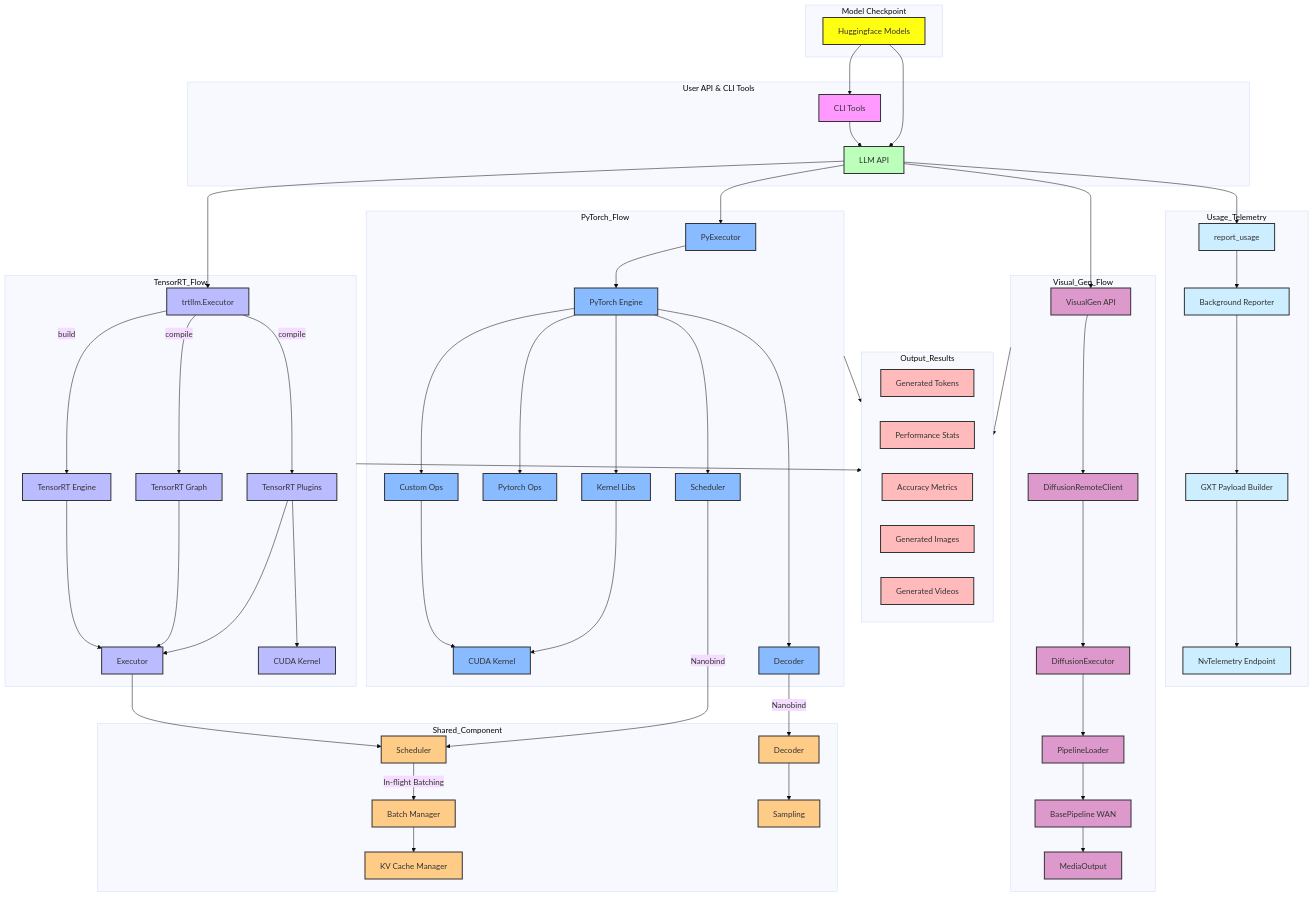
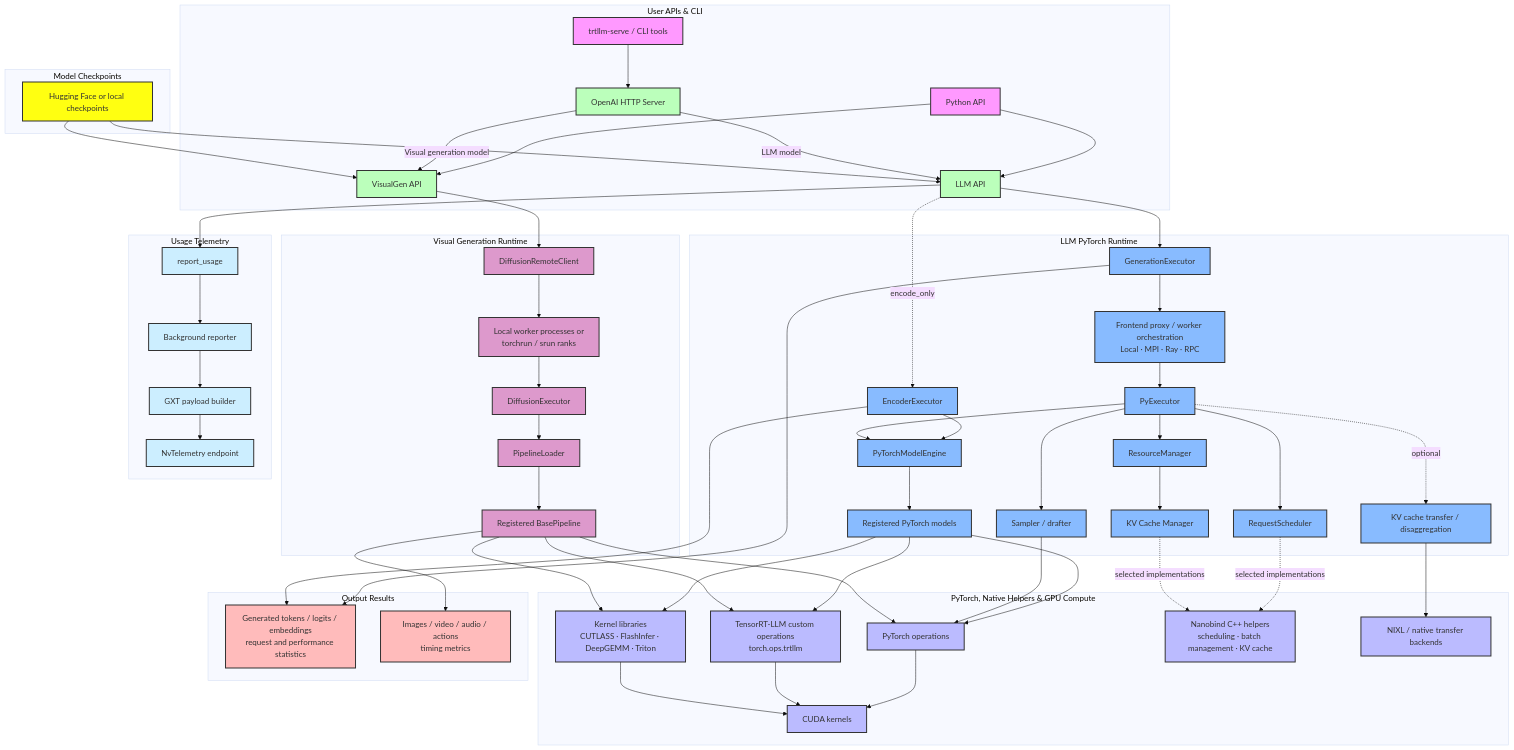
The diagram in .github/tava_architecture_diagram.md (NVIDIA/TensorRT-LLM), drawn with Mermaid (base theme) before and after one commit.

Commit message:
docs: update TAVA architecture diagram

````diff
--- a/.github/tava_architecture_diagram.md
+++ b/.github/tava_architecture_diagram.md
@@ -1,145 +1,127 @@
 ```mermaid
 graph TB
-    subgraph "User API & CLI Tools"
-        CLI[CLI Tools]
-        LLMAPI[LLM API]
-        CLI --> LLMAPI
+    subgraph EntryPoints["User APIs & CLI"]
+        CLI["trtllm-serve / CLI tools"]
+        PythonAPI["Python API"]
+        OpenAIServer["OpenAI HTTP Server"]
+        LLMAPI["LLM API"]
+        VisualGenAPI["VisualGen API"]
+
+        CLI --> OpenAIServer
+        PythonAPI --> LLMAPI
+        PythonAPI --> VisualGenAPI
+        OpenAIServer -->|LLM model| LLMAPI
+        OpenAIServer -->|Visual generation model| VisualGenAPI
     end
 
-    subgraph "Model Checkpoint"
-        Checkpoint[Huggingface Models]
-        Checkpoint --> CLI
-        Checkpoint --> LLMAPI
+    subgraph Checkpoints["Model Checkpoints"]
+        Checkpoint["Hugging Face or local checkpoints"]
     end
 
-    subgraph "TensorRT_Flow"
-        trtllmExecutor[trtllm.Executor]
-        Engine[TensorRT Engine]
-        TRTGraph[TensorRT Graph]
-        Plugins[TensorRT Plugins]
-        cudaKernel[CUDA Kernel]
-        Executor[Executor]
-        LLMAPI --> trtllmExecutor
-        trtllmExecutor --> |build|Engine
-        trtllmExecutor --> |compile|TRTGraph
-        trtllmExecutor --> |compile|Plugins
-        Engine --> Executor
-        Plugins --> Executor
-        TRTGraph --> Executor
-        Plugins --> cudaKernel
+    Checkpoint --> LLMAPI
+    Checkpoint --> VisualGenAPI
+
+    subgraph LLMFlow["LLM PyTorch Runtime"]
+        GenerationExecutor["GenerationExecutor"]
+        Orchestration["Frontend proxy / worker orchestration<br/>Local · MPI · Ray · RPC"]
+        PyExecutor["PyExecutor"]
+        EncoderExecutor["EncoderExecutor"]
+        ModelEngine["PyTorchModelEngine"]
+        RequestScheduler["RequestScheduler"]
+        Sampler["Sampler / drafter"]
+        ResourceManager["ResourceManager"]
+        KVCache["KV Cache Manager"]
+        KVTransfer["KV cache transfer / disaggregation"]
+        TorchModels["Registered PyTorch models"]
+
+        LLMAPI --> GenerationExecutor
+        GenerationExecutor --> Orchestration
+        Orchestration --> PyExecutor
+        LLMAPI -. encode_only .-> EncoderExecutor
+        EncoderExecutor --> ModelEngine
+        PyExecutor --> ModelEngine
+        PyExecutor --> RequestScheduler
+        PyExecutor --> Sampler
+        PyExecutor --> ResourceManager
+        ResourceManager --> KVCache
+        PyExecutor -. optional .-> KVTransfer
+        ModelEngine --> TorchModels
     end
 
-    subgraph "PyTorch_Flow"
-        PyExecutor[PyExecutor]
-        PyEngine[PyTorch Engine]
-        CustomOps[Custom Ops]
-        PyTorchOps[Pytorch Ops]
-        KernelLibs[Kernel Libs]
-        PyScheduler[Scheduler]
-        PyDecoder[Decoder]
-        CUDAKernel[CUDA Kernel]
-        LLMAPI --> PyExecutor
-        PyExecutor --> PyEngine[PyTorch Engine]
-        PyEngine --> CustomOps
-        PyEngine --> PyTorchOps
-        PyEngine --> KernelLibs
-        PyEngine --> PyScheduler
-        PyEngine --> PyDecoder
-        KernelLibs --> CUDAKernel
-        CustomOps --> CUDAKernel
+    subgraph VisualGenFlow["Visual Generation Runtime"]
+        DiffusionClient["DiffusionRemoteClient"]
+        WorkerLaunch["Local worker processes or<br/>torchrun / srun ranks"]
+        DiffusionExecutor["DiffusionExecutor"]
+        PipelineLoader["PipelineLoader"]
+        DiffusionPipeline["Registered BasePipeline"]
+
+        VisualGenAPI --> DiffusionClient
+        DiffusionClient --> WorkerLaunch
+        WorkerLaunch --> DiffusionExecutor
+        DiffusionExecutor --> PipelineLoader
+        PipelineLoader --> DiffusionPipeline
     end
 
-    subgraph "Visual_Gen_Flow"
-        VisualGenAPI[VisualGen API]
-        DiffusionClient[DiffusionRemoteClient]
-        DiffusionExecutor[DiffusionExecutor]
-        PipelineLoader[PipelineLoader]
-        DiffusionPipeline[BasePipeline WAN]
-        MediaOutput[MediaOutput]
-        LLMAPI --> VisualGenAPI
-        VisualGenAPI --> DiffusionClient
-        DiffusionClient --> DiffusionExecutor
-        DiffusionExecutor --> PipelineLoader
-        PipelineLoader --> DiffusionPipeline
-        DiffusionPipeline --> MediaOutput
+    subgraph Compute["PyTorch, Native Helpers & GPU Compute"]
+        TorchOps["PyTorch operations"]
+        CustomOps["TensorRT-LLM custom operations<br/>torch.ops.trtllm"]
+        KernelLibs["Kernel libraries<br/>CUTLASS · FlashInfer · DeepGEMM · Triton"]
+        NativeHelpers["Nanobind C++ helpers<br/>scheduling · batch management · KV cache"]
+        TransferBackends["NIXL / native transfer backends"]
+        CUDAKernels["CUDA kernels"]
+
+        TorchModels --> TorchOps
+        TorchModels --> CustomOps
+        TorchModels --> KernelLibs
+        Sampler --> TorchOps
+        RequestScheduler -. selected implementations .-> NativeHelpers
+        KVCache -. selected implementations .-> NativeHelpers
+        KVTransfer --> TransferBackends
+        DiffusionPipeline --> TorchOps
+        DiffusionPipeline --> CustomOps
+        DiffusionPipeline --> KernelLibs
+        TorchOps --> CUDAKernels
+        CustomOps --> CUDAKernels
+        KernelLibs --> CUDAKernels
     end
 
-    subgraph "Shared_Component"
-        Shared_Decoder[Decoder]
-        Shared_Scheduler[Scheduler]
-        Sampling[Sampling]
-        BatchManager[Batch Manager]
-        KVCache[KV Cache Manager]
-        PyScheduler --> |Nanobind|Shared_Scheduler
-        PyDecoder --> |Nanobind|Shared_Decoder
-        Shared_Decoder --> Sampling
-        Executor --> Shared_Scheduler[Scheduler]
-        Shared_Scheduler --> |In-flight Batching| BatchManager
-        BatchManager --> KVCache
-    end
+    subgraph UsageTelemetry["Usage Telemetry"]
+        ReportUsage["report_usage"]
+        BgReporter["Background reporter"]
+        GxtPayload["GXT payload builder"]
+        GxtEndpoint["NvTelemetry endpoint"]
 
-    subgraph "Usage_Telemetry"
-        ReportUsage[report_usage]
-        BgReporter[Background Reporter]
-        GxtPayload[GXT Payload Builder]
-        GxtEndpoint[NvTelemetry Endpoint]
+        LLMAPI --> ReportUsage
         ReportUsage --> BgReporter
         BgReporter --> GxtPayload
         GxtPayload --> GxtEndpoint
     end
 
-    subgraph "Output_Results"
-        Tokens[Generated Tokens]
-        Stats[Performance Stats]
-        Metrics[Accuracy Metrics]
-        GenImages[Generated Images]
-        GenVideos[Generated Videos]
+    subgraph Results["Output Results"]
+        LLMResults["Generated tokens / logits / embeddings<br/>request and performance statistics"]
+        VisualResults["Images / video / audio / actions<br/>timing metrics"]
+
+        GenerationExecutor --> LLMResults
+        EncoderExecutor --> LLMResults
+        DiffusionPipeline --> VisualResults
     end
 
-    LLMAPI --> ReportUsage
+    classDef entry fill:#f9f,stroke:#333,stroke-width:2px;
+    classDef api fill:#bfb,stroke:#333,stroke-width:2px;
+    classDef checkpoint fill:#ff1,stroke:#333,stroke-width:2px;
+    classDef llm fill:#8bf,stroke:#333,stroke-width:2px;
+    classDef visualgen fill:#d9c,stroke:#333,stroke-width:2px;
+    classDef compute fill:#bbf,stroke:#333,stroke-width:2px;
+    classDef telemetry fill:#cef,stroke:#333,stroke-width:2px;
+    classDef result fill:#fbb,stroke:#333,stroke-width:2px;
 
-    PyTorch_Flow ~~~ TensorRT_Flow
-
-    TensorRT_Flow --> Output_Results
-    PyTorch_Flow --> Output_Results
-    Visual_Gen_Flow --> Output_Results
-
-    %% Force Output_Results to be between PyTorch_flow and TensorRT_flow
-    PyTorch_Flow ~~~ Output_Results
-
-    %% Model checkpoint format
-    classDef checkpoint fill:#ff1,stroke:#333,stroke-width:2px;
+    class CLI,PythonAPI entry;
+    class OpenAIServer,LLMAPI,VisualGenAPI api;
     class Checkpoint checkpoint;
-
-    %% CLI tools format
-    classDef cli fill:#f9f,stroke:#333,stroke-width:2px;
-    class CLI cli;
-
-    %% TRT flow format
-    classDef trt fill:#bbf,stroke:#333,stroke-width:2px;
-    class trtllmExecutor,TRTGraph,Plugins,Engine,Executor,cudaKernel trt;
-
-    %% PyTorch flow format
-    classDef pytorch fill:#8bf,stroke:#333,stroke-width:2px;
-    class PyExecutor,PyEngine,CustomOps,PyTorchOps,KernelLibs,PyScheduler,PyDecoder,CUDAKernel pytorch;
-
-    %% Visual Gen flow format
-    classDef visualgen fill:#d9c,stroke:#333,stroke-width:2px;
-    class VisualGenAPI,DiffusionClient,DiffusionExecutor,PipelineLoader,DiffusionPipeline,MediaOutput visualgen;
-
-    %% Shared Componnet format
-    classDef component fill:#fc8,stroke:#333,stroke-width:2px;
-    class Shared_Decoder,Sampling,Shared_Scheduler,BatchManager,KVCache component;
-
-    %% APIs format
-    classDef api fill:#bfb,stroke:#333,stroke-width:2px;
-    class PythonAPI,CppAPI,LLMAPI api;
-
-    %% Telemetry format
-    classDef telemetry fill:#cef,stroke:#333,stroke-width:2px;
+    class GenerationExecutor,Orchestration,PyExecutor,EncoderExecutor,ModelEngine llm;
+    class RequestScheduler,Sampler,ResourceManager,KVCache,KVTransfer,TorchModels llm;
+    class DiffusionClient,WorkerLaunch,DiffusionExecutor,PipelineLoader,DiffusionPipeline visualgen;
+    class TorchOps,CustomOps,KernelLibs,NativeHelpers,TransferBackends,CUDAKernels compute;
     class ReportUsage,BgReporter,GxtPayload,GxtEndpoint telemetry;
-
-    %% Results format
-    classDef result fill:#fbb,stroke:#333,stroke-width:2px;
-    class Tokens,Stats,Metrics,GenImages,GenVideos result;
+    class LLMResults,VisualResults result;
 ```
````
